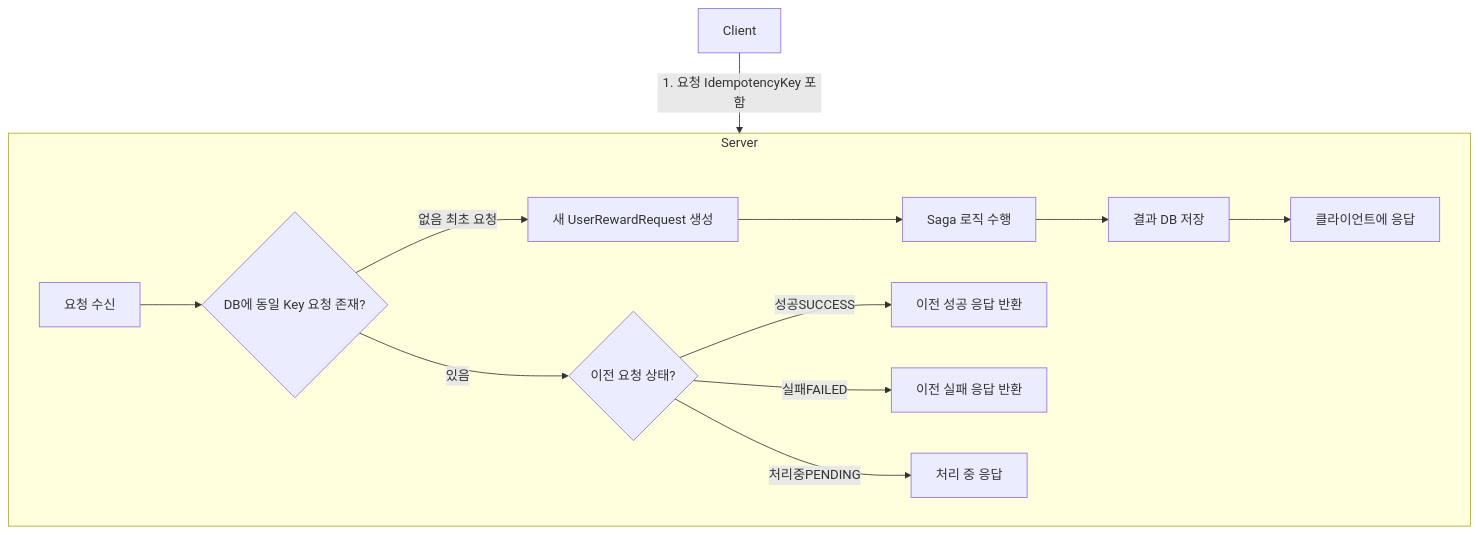
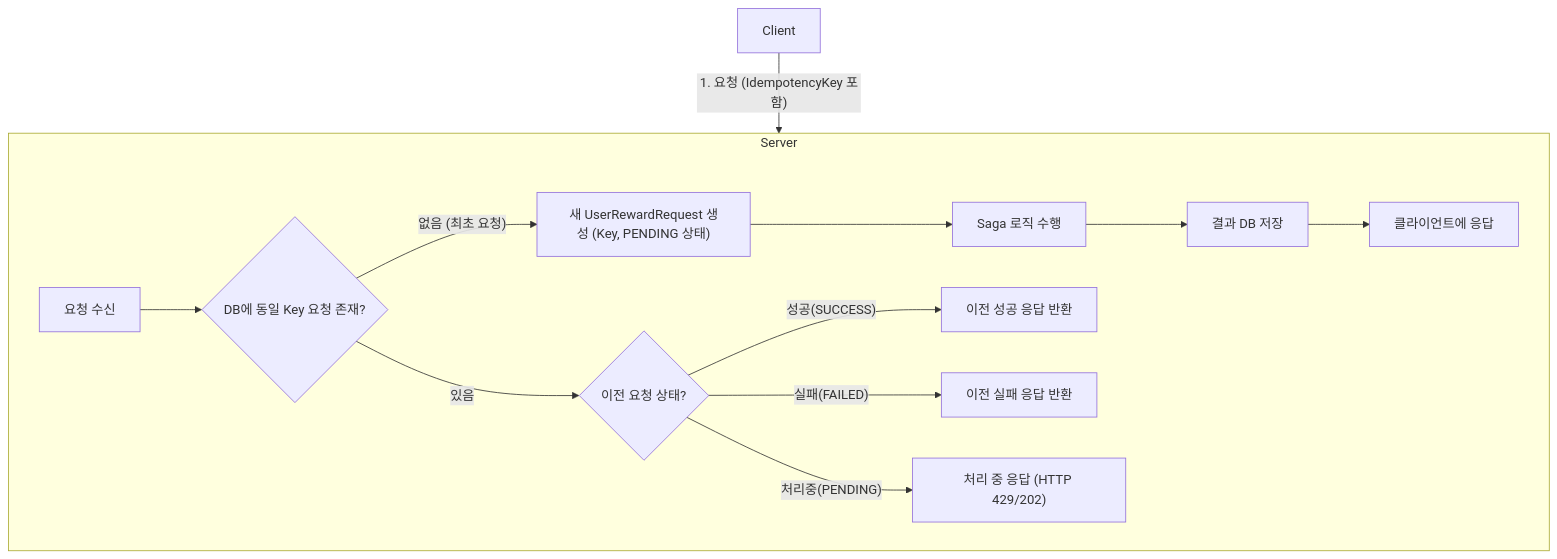
One commit to xpmxf4/reward-platform changed the fifth of 5 diagrams in docs/04_Saga_And_Idempotency.md. Above: the diagram before and after it, drawn with Mermaid. The commit also changed other lines of this file, not shown here.

Commit message:
📖 docs: Saga, 멱등성 구현 전략 및 추후 전략 완성

````diff
--- a/docs/04_Saga_And_Idempotency.md
+++ b/docs/04_Saga_And_Idempotency.md
@@ -246,17 +400,17 @@
 ```mermaid
 graph TD
-    Client -- "1. 요청 IdempotencyKey 포함" --> Server
+    Client -- "1. 요청 (IdempotencyKey 포함)" --> Server;
     subgraph Server
         direction LR
-        R_START["요청 수신"] --> R_CHECK{"DB에 동일 Key 요청 존재?"}
-        R_CHECK -- "없음 최초 요청" --> R_NEW["새 UserRewardRequest 생성"]
-        R_NEW --> R_PROCESS["Saga 로직 수행"]
-        R_PROCESS --> R_RESULT_DB["결과 DB 저장"]
-        R_RESULT_DB --> R_RESPOND_NEW["클라이언트에 응답"]
+        R_START["요청 수신"] --> R_CHECK{"DB에 동일 Key 요청 존재?"};
+        R_CHECK -- "없음 (최초 요청)" --> R_NEW["새 UserRewardRequest 생성 (Key, PENDING 상태)"];
+        R_NEW --> R_PROCESS["Saga 로직 수행"];
+        R_PROCESS --> R_RESULT_DB["결과 DB 저장"];
+        R_RESULT_DB --> R_RESPOND_NEW["클라이언트에 응답"];
         
-        R_CHECK -- "있음" --> R_EXISTING_STATUS{"이전 요청 상태?"}
-        R_EXISTING_STATUS -- "성공SUCCESS" --> R_RESPOND_EXISTING_SUCCESS["이전 성공 응답 반환"]
-        R_EXISTING_STATUS -- "실패FAILED" --> R_RESPOND_EXISTING_FAILED["이전 실패 응답 반환"]
-        R_EXISTING_STATUS -- "처리중PENDING" --> R_RESPOND_PENDING["처리 중 응답"]
+        R_CHECK -- "있음" --> R_EXISTING_STATUS{"이전 요청 상태?"};
+        R_EXISTING_STATUS -- "성공(SUCCESS)" --> R_RESPOND_EXISTING_SUCCESS["이전 성공 응답 반환"];
+        R_EXISTING_STATUS -- "실패(FAILED)" --> R_RESPOND_EXISTING_FAILED["이전 실패 응답 반환"];
+        R_EXISTING_STATUS -- "처리중(PENDING)" --> R_RESPOND_PENDING["처리 중 응답 (HTTP 429/202)"];
     end
 ```
````
